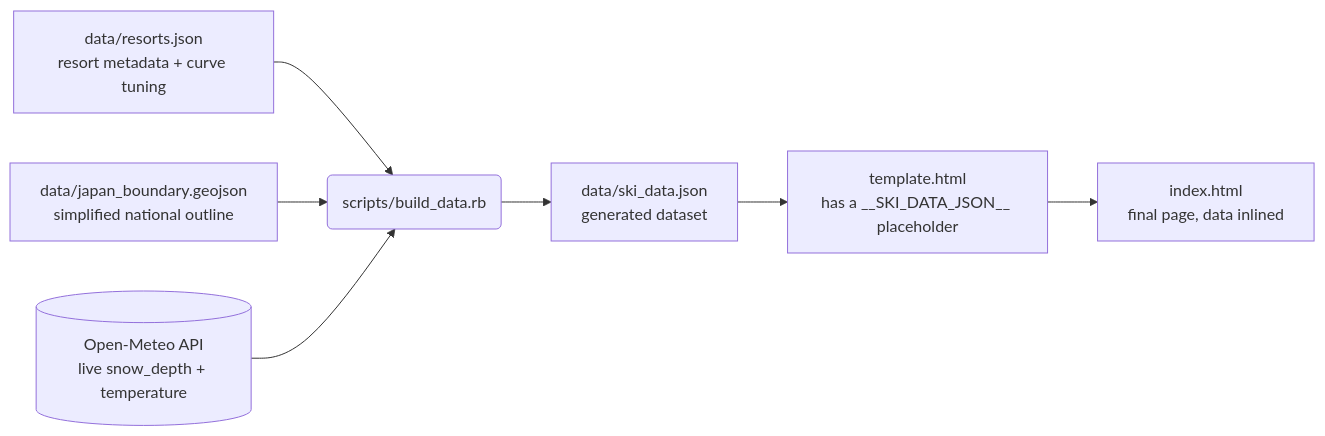
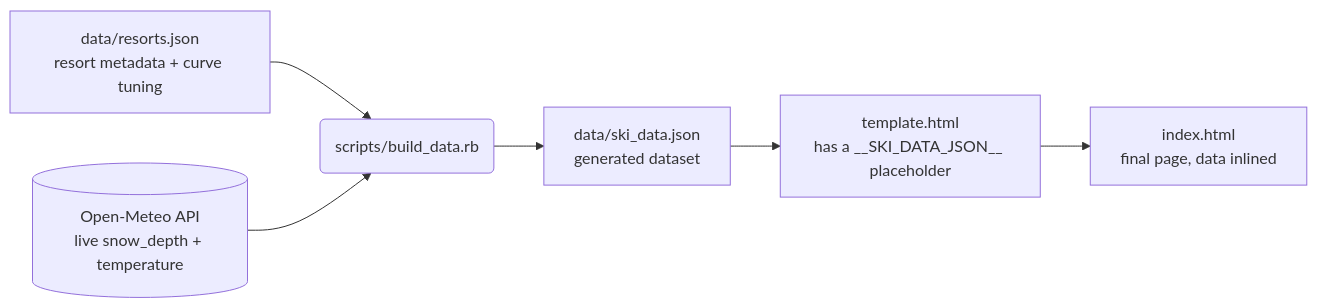
One commit to cedjec-sketcher/foray-ski-adventure changed the diagram in docs/ARCHITECTURE.md. Above: the diagram before and after it, drawn with Mermaid. The commit also changed other lines of this file and 7 other files, not shown here.

````diff
--- a/docs/ARCHITECTURE.md
+++ b/docs/ARCHITECTURE.md
@@ -21,9 +22,8 @@
 ```mermaid
 flowchart LR
   R[data/resorts.json<br/>resort metadata + curve tuning] --> B(scripts/build_data.rb)
-  G[data/japan_boundary.geojson<br/>simplified national outline] --> B
   OM[(Open-Meteo API<br/>live snow_depth + temperature)] --> B
   B --> S[data/ski_data.json<br/>generated dataset]
   S --> T[template.html<br/>has a __SKI_DATA_JSON__ placeholder]
   T --> I[index.html<br/>final page, data inlined]
 ```
````
